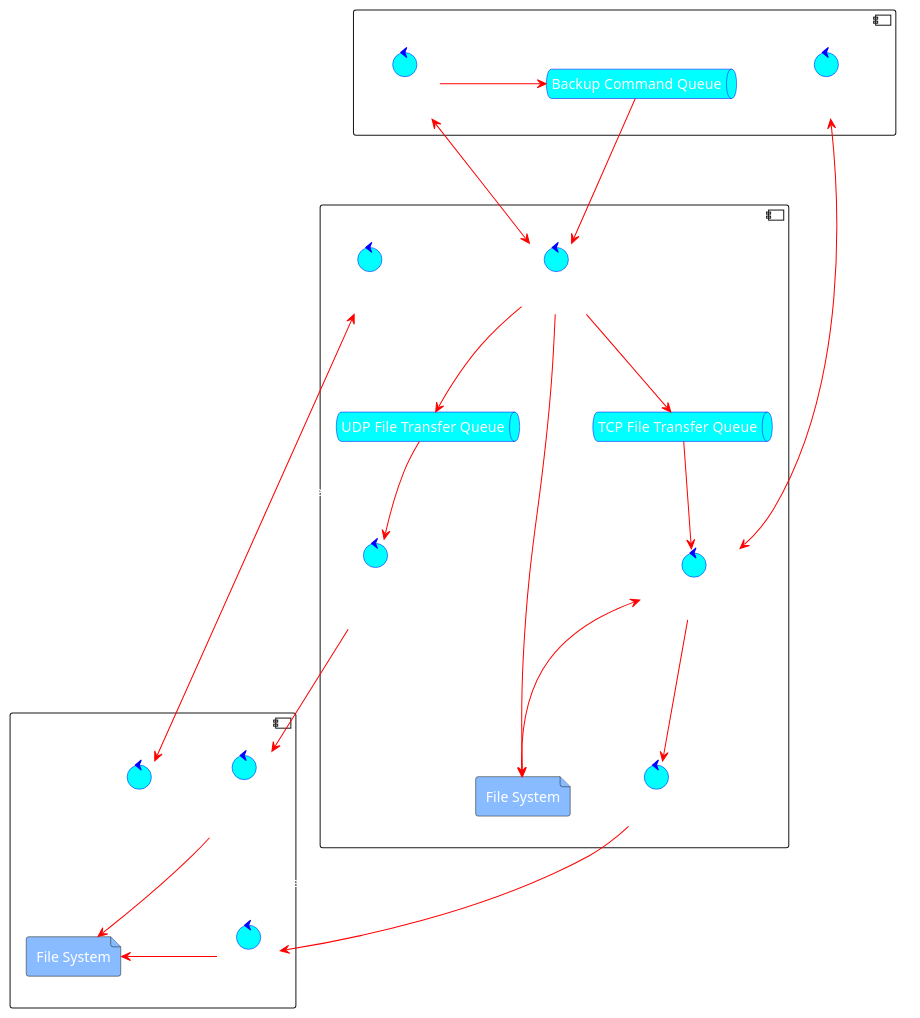
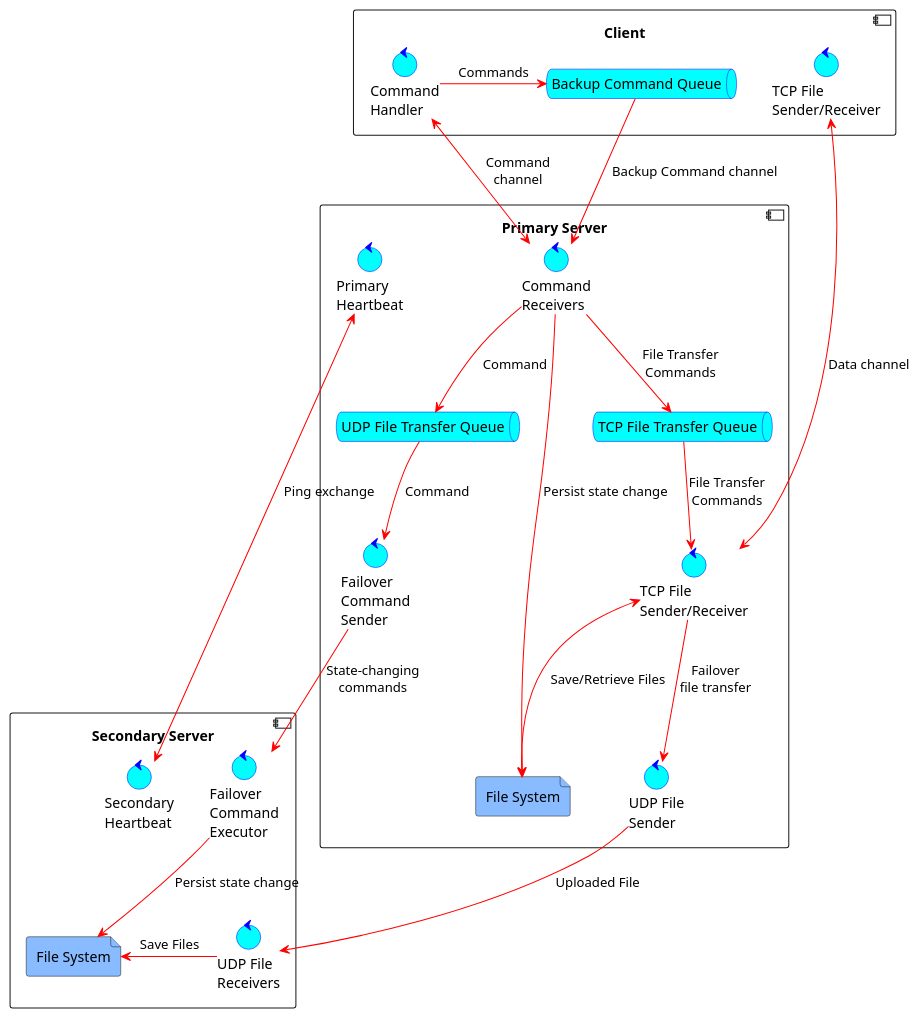
Before and after one commit to PomatoCoCEO/UcDrive: the diagram in arch/architecture.puml, drawn with PlantUML. The commit also changed 20 other files, not shown here.

```diff
--- a/arch/architecture.puml
+++ b/arch/architecture.puml
@@ -1,58 +1,56 @@
 @startuml architecture
 'default
 'left to right direction
-skinparam DefaultTextAlignment CENTER
-skinparam DefaultFontColor #ffffff
-skinparam ArrowColor #ffbb00
+
 skinparam ControlBackgroundColor #00ffff
 skinparam ControlBorderColor #0000ff
 skinparam ArrowColor #ff0000
 skinparam ControlFontName Consolas
 skinparam QueueBackgroundColor #00ffff
 skinparam QueueBorderColor #0000ff
 skinparam FileBackgroundColor #88bbff
 component client as "Client"{
     control "TCP File\nSender/Receiver" AS tcp_client_file_sender_receiver
     control "Command\nHandler" AS command_handler
     queue "Backup Command Queue" as backup_command_queue
 }
 
 component primary_server as "Primary Server" {
     control "Command\nReceivers" AS command_receivers
     control "TCP File\nSender/Receiver" AS tcp_server_file_sender_receiver
     control "Failover\nCommand\nSender" AS failover_command_sender
     control "UDP File\nSender" AS udp_file_sender
     control "Primary\nHeartbeat" AS primary_heartbeat
     queue "UDP File Transfer Queue" as udp_queue
     queue "TCP File Transfer Queue" as tcp_queue
     file "File System" as pfs
 }
 
 component secondary_server as "Secondary Server" {
     control "Secondary\nHeartbeat" AS secondary_heartbeat
     control "Failover\nCommand\nExecutor" AS failover_command_executor
     control "UDP File\nReceivers" AS udp_file_receivers
     file "File System" as sfs
 }
 
 
 
 primary_heartbeat <-> secondary_heartbeat : Ping exchange
 command_handler <--> command_receivers: Command\nchannel
 backup_command_queue --> command_receivers: Backup Command channel
 command_handler -> backup_command_queue: Commands
 command_receivers --> udp_queue: Command
 command_receivers -> pfs: Persist state change
 udp_queue --> failover_command_sender: Command
 command_receivers --> tcp_queue: File Transfer\nCommands
 tcp_queue --> tcp_server_file_sender_receiver: File Transfer\nCommands
 tcp_server_file_sender_receiver --> udp_file_sender: Failover\nfile transfer
 tcp_server_file_sender_receiver <--> pfs: Save/Retrieve Files
 udp_file_sender -down-> udp_file_receivers: Uploaded File
 failover_command_sender --> failover_command_executor: State-changing\ncommands
 failover_command_executor --> sfs: Persist state change
 udp_file_receivers -> sfs: Save Files
 tcp_client_file_sender_receiver <--> tcp_server_file_sender_receiver: Data channel
 
 
 @enduml
```
